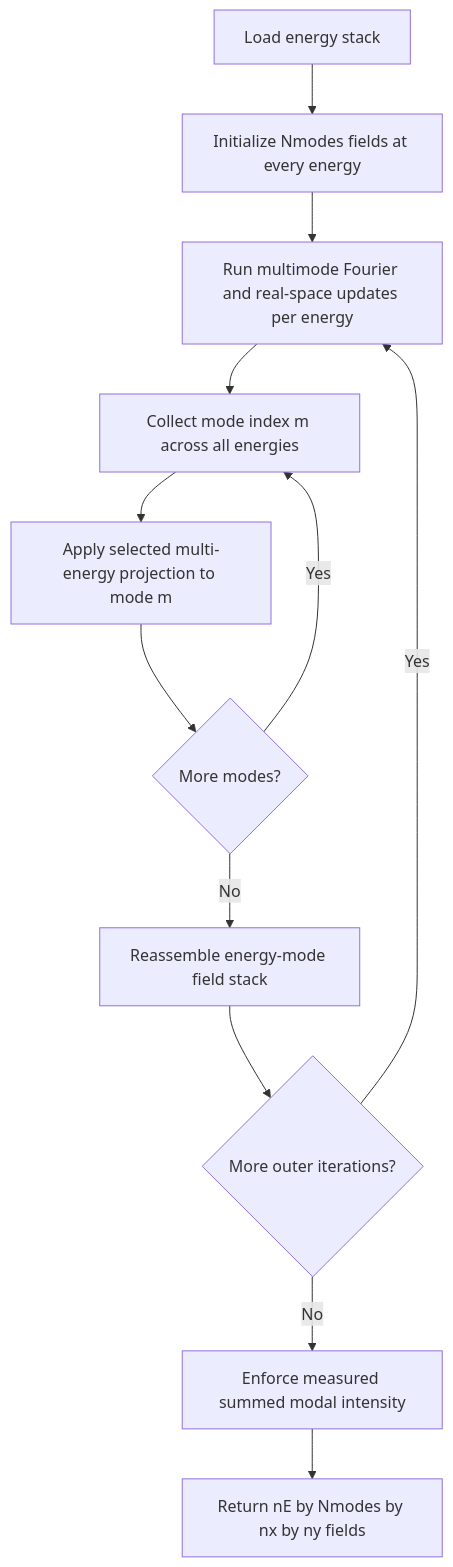
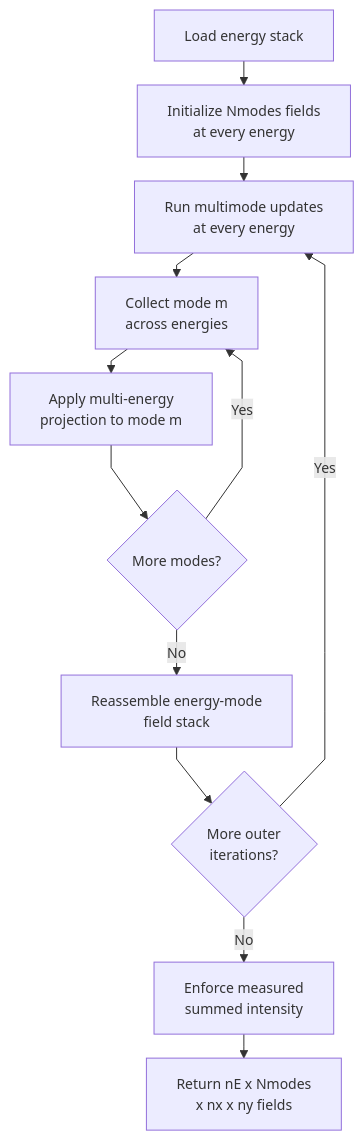
One commit to riccbatt/FTH-Phase-Retrieval-2609-SOLEIL-SEXTANTS changed the fourth of 5 diagrams in docs/phase_retrieval_libraries.md. Above: the diagram before and after it, drawn with Mermaid. The commit also changed other lines of this file and 2 other files, not shown here.

````diff
--- a/docs/phase_retrieval_libraries.md
+++ b/docs/phase_retrieval_libraries.md
@@ -480,14 +486,15 @@
 ```mermaid
+%%{init: {"flowchart": {"nodeSpacing": 18, "rankSpacing": 24, "curve": "linear"}, "themeVariables": {"fontSize": "14px"}}}%%
 flowchart TD
-    A[Load energy stack] --> B[Initialize Nmodes fields at every energy]
-    B --> C[Run multimode Fourier and real-space updates per energy]
-    C --> D[Collect mode index m across all energies]
-    D --> E[Apply selected multi-energy projection to mode m]
+    A[Load energy stack] --> B[Initialize Nmodes fields<br/>at every energy]
+    B --> C[Run multimode updates<br/>at every energy]
+    C --> D[Collect mode m<br/>across energies]
+    D --> E[Apply multi-energy<br/>projection to mode m]
     E --> F{More modes?}
     F -- Yes --> D
-    F -- No --> G[Reassemble energy-mode field stack]
-    G --> H{More outer iterations?}
+    F -- No --> G[Reassemble energy-mode<br/>field stack]
+    G --> H{More outer<br/>iterations?}
     H -- Yes --> C
-    H -- No --> I[Enforce measured summed modal intensity]
-    I --> J[Return nE by Nmodes by nx by ny fields]
+    H -- No --> I[Enforce measured<br/>summed intensity]
+    I --> J[Return nE x Nmodes<br/>x nx x ny fields]
 ```
````
